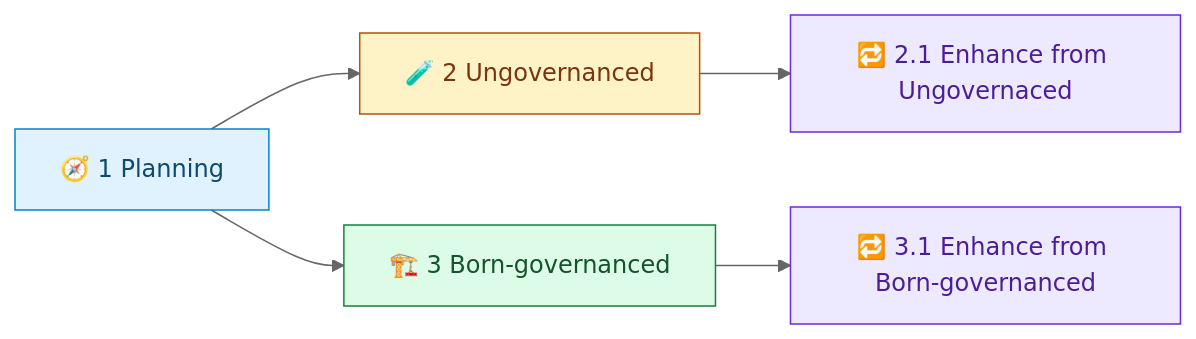
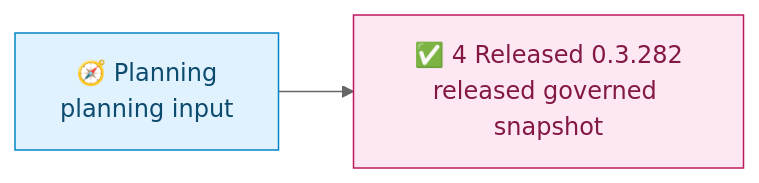
Before and after one commit to waynebaby/Techne-Loom: the diagram in demos/loom-enhanced-research/README.md, drawn with Mermaid (neutral theme). The commit also changed other lines of this file and 185 other files, not shown here.

````diff
--- a/demos/loom-enhanced-research/README.md
+++ b/demos/loom-enhanced-research/README.md
@@ -20,18 +20,10 @@
 ```mermaid
 flowchart LR
-    p[🧭 1 Planning] --> u[🧪 2 Ungovernanced]
-    p --> b[🏗️ 3 Born-governanced]
-    u --> u2[🔁 2.1 Enhance from Ungovernaced]
-    b --> b2[🔁 3.1 Enhance from Born-governanced]
+    p["🧭 Planning<br/>planning input"] --> r["✅ 4 Released 0.3.282<br/>released governed snapshot"]
 
     p:::planning
-    u:::ungov
-    u2:::enhance
-    b:::governed
-    b2:::enhance
+    r:::release
 
     classDef planning fill:#E0F2FE,stroke:#0284C7,color:#0C4A6E;
-    classDef ungov fill:#FEF3C7,stroke:#B45309,color:#78350F;
-    classDef governed fill:#DCFCE7,stroke:#15803D,color:#14532D;
-    classDef enhance fill:#EDE9FE,stroke:#6D28D9,color:#4C1D95;
+    classDef release fill:#FCE7F3,stroke:#BE185D,color:#831843;
 ```
````
